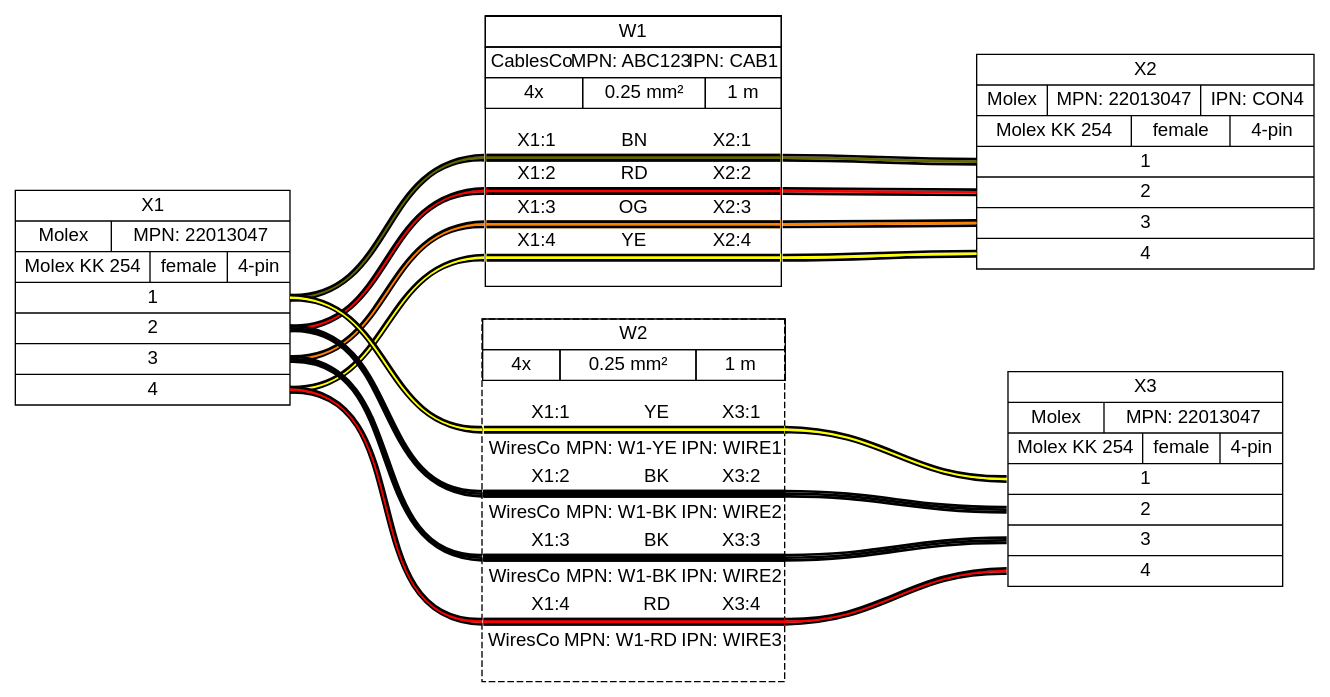
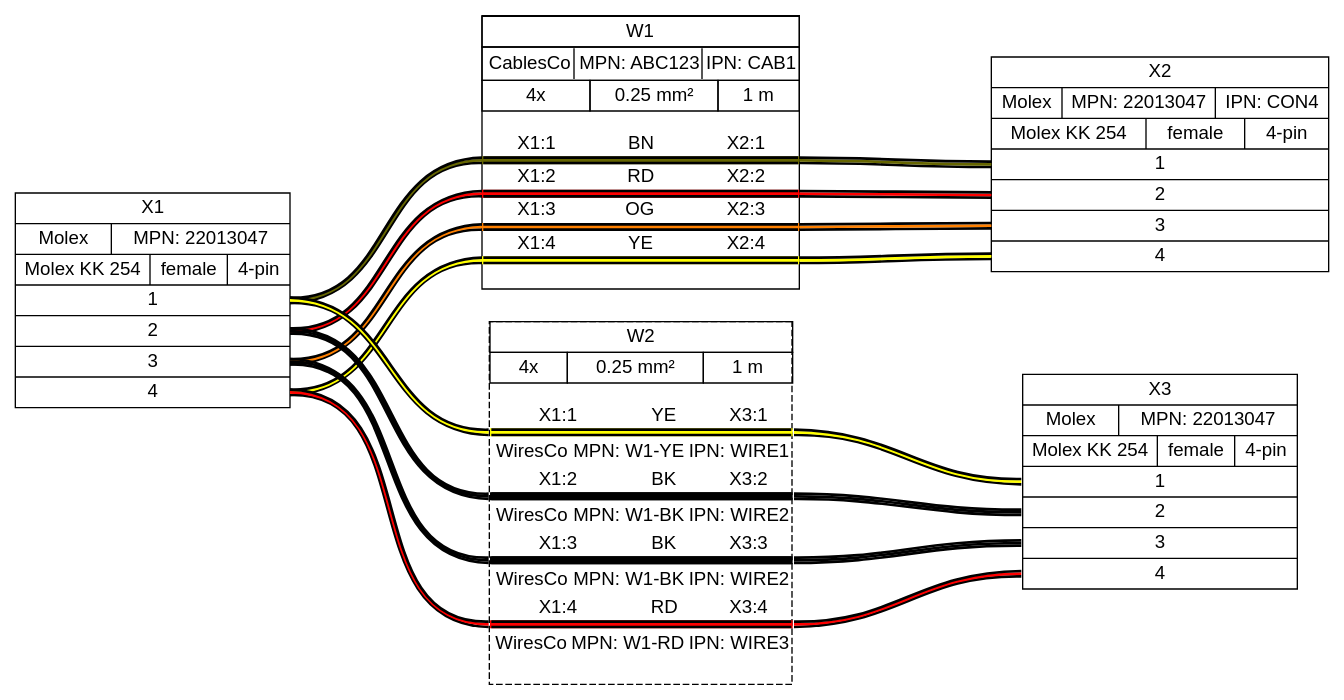
Before and after one commit to wireviz/WireViz: the diagram in tutorial/tutorial08.gv, drawn with Graphviz. The commit also changed 14 other files, not shown here.

```diff
--- a/tutorial/tutorial08.gv
+++ b/tutorial/tutorial08.gv
@@ -1,36 +1,36 @@
 graph {
 // Graph generated by WireViz
 // https://github.com/formatc1702/WireViz
 	graph [bgcolor=white fontname=arial nodesep=0.33 rankdir=LR ranksep=2]
 	node [fillcolor=white fontname=arial shape=record style=filled]
 	edge [fontname=arial style=bold]
 	X1 [label="X1|{Molex|MPN: 22013047}|{Molex KK 254|female|4-pin}|{{<p1r>1|<p2r>2|<p3r>3|<p4r>4}}"]
 	X2 [label="X2|{Molex|MPN: 22013047|IPN: CON4}|{Molex KK 254|female|4-pin}|{{<p1l>1|<p2l>2|<p3l>3|<p4l>4}}"]
 	X3 [label="X3|{Molex|MPN: 22013047}|{Molex KK 254|female|4-pin}|{{<p1l>1|<p2l>2|<p3l>3|<p4l>4}}"]
 	edge [color="#000000:#666600:#000000"]
 	X1:p1r:e -- W1:w1:w
 	W1:w1:e -- X2:p1l:w
 	edge [color="#000000:#ff0000:#000000"]
 	X1:p2r:e -- W1:w2:w
 	W1:w2:e -- X2:p2l:w
 	edge [color="#000000:#ff8000:#000000"]
 	X1:p3r:e -- W1:w3:w
 	W1:w3:e -- X2:p3l:w
 	edge [color="#000000:#ffff00:#000000"]
 	X1:p4r:e -- W1:w4:w
 	W1:w4:e -- X2:p4l:w
-	W1 [label=<<table border="0" cellspacing="0" cellpadding="0"><tr><td><table border="0" cellspacing="0" cellpadding="3" cellborder="1"><tr><td colspan="3">W1</td></tr><tr><td colspan="3"><table border="0" cellspacing="0" cellpadding="0" cellborder="0"><tr><td>CablesCo</td><td>MPN: ABC123</td><td>IPN: CAB1</td></tr></table></td></tr><tr><td>4x</td><td>0.25 mm²</td><td>1 m</td></tr></table></td></tr><tr><td>&nbsp;</td></tr><tr><td><table border="0" cellspacing="0" cellborder="0"><tr><td>X1:1</td><td>BN</td><td>X2:1</td></tr><tr><td colspan="3" cellpadding="0" height="6" bgcolor="#666600" border="2" sides="tb" port="w1"></td></tr><tr><td>X1:2</td><td>RD</td><td>X2:2</td></tr><tr><td colspan="3" cellpadding="0" height="6" bgcolor="#ff0000" border="2" sides="tb" port="w2"></td></tr><tr><td>X1:3</td><td>OG</td><td>X2:3</td></tr><tr><td colspan="3" cellpadding="0" height="6" bgcolor="#ff8000" border="2" sides="tb" port="w3"></td></tr><tr><td>X1:4</td><td>YE</td><td>X2:4</td></tr><tr><td colspan="3" cellpadding="0" height="6" bgcolor="#ffff00" border="2" sides="tb" port="w4"></td></tr><tr><td>&nbsp;</td></tr></table></td></tr></table>> fillcolor=white margin=0 shape=box style=""]
+	W1 [label=<<table border="0" cellspacing="0" cellpadding="0"><tr><td><table border="0" cellspacing="0" cellpadding="3" cellborder="1"><tr><td colspan="3">W1</td></tr><tr><td colspan="3" cellpadding="0"><table border="0" cellspacing="0" cellpadding="3" cellborder="1"><tr><td sides="R">CablesCo</td><td sides="R">MPN: ABC123</td><td border="0">IPN: CAB1</td></tr></table></td></tr><tr><td>4x</td><td>0.25 mm²</td><td>1 m</td></tr></table></td></tr><tr><td>&nbsp;</td></tr><tr><td><table border="0" cellspacing="0" cellborder="0"><tr><td>X1:1</td><td>BN</td><td>X2:1</td></tr><tr><td colspan="3" cellpadding="0" height="6" bgcolor="#666600" border="2" sides="tb" port="w1"></td></tr><tr><td>X1:2</td><td>RD</td><td>X2:2</td></tr><tr><td colspan="3" cellpadding="0" height="6" bgcolor="#ff0000" border="2" sides="tb" port="w2"></td></tr><tr><td>X1:3</td><td>OG</td><td>X2:3</td></tr><tr><td colspan="3" cellpadding="0" height="6" bgcolor="#ff8000" border="2" sides="tb" port="w3"></td></tr><tr><td>X1:4</td><td>YE</td><td>X2:4</td></tr><tr><td colspan="3" cellpadding="0" height="6" bgcolor="#ffff00" border="2" sides="tb" port="w4"></td></tr><tr><td>&nbsp;</td></tr></table></td></tr></table>> fillcolor=white margin=0 shape=box style=""]
 	edge [color="#000000:#ffff00:#000000"]
 	X1:p1r:e -- W2:w1:w
 	W2:w1:e -- X3:p1l:w
 	edge [color="#000000:#000000:#000000"]
 	X1:p2r:e -- W2:w2:w
 	W2:w2:e -- X3:p2l:w
 	edge [color="#000000:#000000:#000000"]
 	X1:p3r:e -- W2:w3:w
 	W2:w3:e -- X3:p3l:w
 	edge [color="#000000:#ff0000:#000000"]
 	X1:p4r:e -- W2:w4:w
 	W2:w4:e -- X3:p4l:w
 	W2 [label=<<table border="0" cellspacing="0" cellpadding="0"><tr><td><table border="0" cellspacing="0" cellpadding="3" cellborder="1"><tr><td colspan="3">W2</td></tr><tr><td>4x</td><td>0.25 mm²</td><td>1 m</td></tr></table></td></tr><tr><td>&nbsp;</td></tr><tr><td><table border="0" cellspacing="0" cellborder="0"><tr><td>X1:1</td><td>YE</td><td>X3:1</td></tr><tr><td colspan="3" cellpadding="0" height="6" bgcolor="#ffff00" border="2" sides="tb" port="w1"></td></tr><tr><td colspan="3"><table border="0" cellspacing="0" cellborder="0"><tr><td>WiresCo</td><td>MPN: W1-YE</td><td>IPN: WIRE1</td></tr></table></td></tr><tr><td>X1:2</td><td>BK</td><td>X3:2</td></tr><tr><td colspan="3" cellpadding="0" height="6" bgcolor="#000000" border="2" sides="tb" port="w2"></td></tr><tr><td colspan="3"><table border="0" cellspacing="0" cellborder="0"><tr><td>WiresCo</td><td>MPN: W1-BK</td><td>IPN: WIRE2</td></tr></table></td></tr><tr><td>X1:3</td><td>BK</td><td>X3:3</td></tr><tr><td colspan="3" cellpadding="0" height="6" bgcolor="#000000" border="2" sides="tb" port="w3"></td></tr><tr><td colspan="3"><table border="0" cellspacing="0" cellborder="0"><tr><td>WiresCo</td><td>MPN: W1-BK</td><td>IPN: WIRE2</td></tr></table></td></tr><tr><td>X1:4</td><td>RD</td><td>X3:4</td></tr><tr><td colspan="3" cellpadding="0" height="6" bgcolor="#ff0000" border="2" sides="tb" port="w4"></td></tr><tr><td colspan="3"><table border="0" cellspacing="0" cellborder="0"><tr><td>WiresCo</td><td>MPN: W1-RD</td><td>IPN: WIRE3</td></tr></table></td></tr><tr><td>&nbsp;</td></tr></table></td></tr></table>> fillcolor=white margin=0 shape=box style="filled,dashed"]
 }
```
